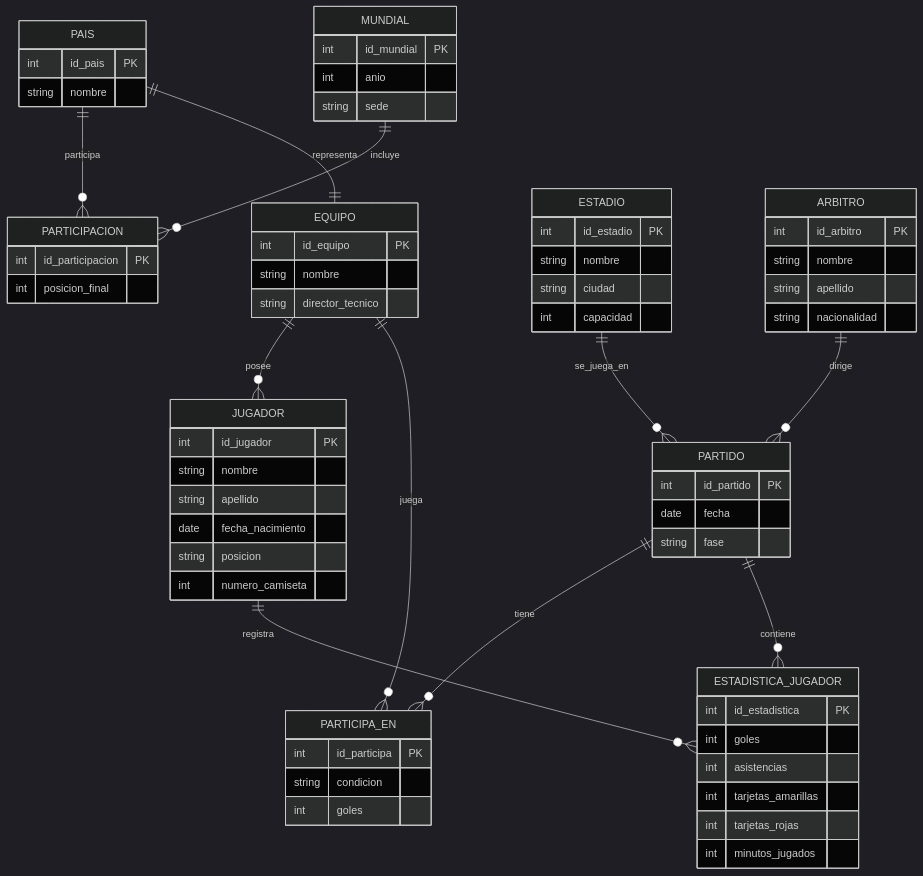
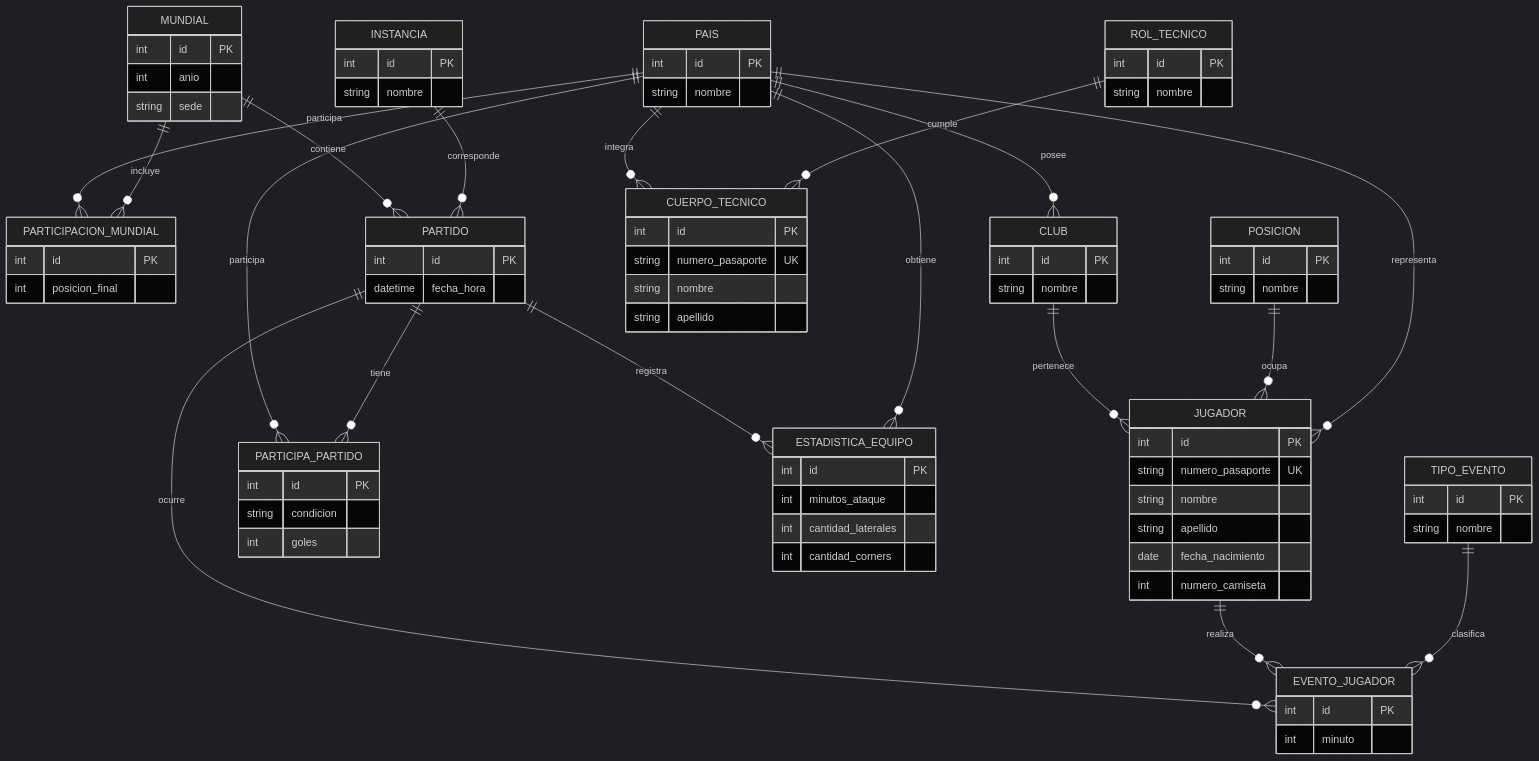
Before and after one commit to Villada-PG3/trabajo-practico-integrador-organizacion_mundial_de_futbol: the diagram in MUNDIALFUTBOL.mmd, drawn with Mermaid (dark theme).

Commit message:
Cambios en el planteamiento del problema

```diff
--- a/MUNDIALFUTBOL.mmd
+++ b/MUNDIALFUTBOL.mmd
@@ -1,84 +1,117 @@
 erDiagram
 
-    PAIS {
-        int id_pais PK
-        string nombre
-    }
-
     MUNDIAL {
-        int id_mundial PK
+        int id PK
         int anio
         string sede
     }
 
-    PARTICIPACION {
-        int id_participacion PK
+    PAIS {
+        int id PK
+        string nombre
+    }
+
+    PARTICIPACION_MUNDIAL {
+        int id PK
         int posicion_final
     }
 
-    EQUIPO {
-        int id_equipo PK
+    CLUB {
+        int id PK
         string nombre
-        string director_tecnico
+    }
+
+    POSICION {
+        int id PK
+        string nombre
     }
 
     JUGADOR {
-        int id_jugador PK
+        int id PK
+        string numero_pasaporte UK
         string nombre
         string apellido
         date fecha_nacimiento
-        string posicion
         int numero_camiseta
     }
 
-    ESTADIO {
-        int id_estadio PK
+    ROL_TECNICO {
+        int id PK
         string nombre
-        string ciudad
-        int capacidad
     }
 
-    ARBITRO {
-        int id_arbitro PK
+    CUERPO_TECNICO {
+        int id PK
+        string numero_pasaporte UK
         string nombre
         string apellido
-        string nacionalidad
+    }
+
+    INSTANCIA {
+        int id PK
+        string nombre
     }
 
     PARTIDO {
-        int id_partido PK
-        date fecha
-        string fase
+        int id PK
+        datetime fecha_hora
     }
 
-    PARTICIPA_EN {
-        int id_participa PK
+    PARTICIPA_PARTIDO {
+        int id PK
         string condicion
         int goles
     }
 
-    ESTADISTICA_JUGADOR {
-        int id_estadistica PK
-        int goles
-        int asistencias
-        int tarjetas_amarillas
-        int tarjetas_rojas
-        int minutos_jugados
+    ESTADISTICA_EQUIPO {
+        int id PK
+        int minutos_ataque
+        int cantidad_laterales
+        int cantidad_corners
     }
 
-    PAIS ||--o{ PARTICIPACION : participa
-    MUNDIAL ||--o{ PARTICIPACION : incluye
+    TIPO_EVENTO {
+        int id PK
+        string nombre
+    }
 
-    PAIS ||--|| EQUIPO : representa
+    EVENTO_JUGADOR {
+        int id PK
+        int minuto
+    }
 
-    EQUIPO ||--o{ JUGADOR : posee
 
-    ESTADIO ||--o{ PARTIDO : se_juega_en
+    %% ========= RELACIONES =========
 
-    ARBITRO ||--o{ PARTIDO : dirige
+    PAIS ||--o{ PARTICIPACION_MUNDIAL : participa
+    MUNDIAL ||--o{ PARTICIPACION_MUNDIAL : incluye
 
-    EQUIPO ||--o{ PARTICIPA_EN : juega
-    PARTIDO ||--o{ PARTICIPA_EN : tiene
+    PAIS ||--o{ CLUB : posee
 
-    JUGADOR ||--o{ ESTADISTICA_JUGADOR : registra
-    PARTIDO ||--o{ ESTADISTICA_JUGADOR : contiene
+    CLUB ||--o{ JUGADOR : pertenece
+
+    POSICION ||--o{ JUGADOR : ocupa
+
+    PAIS ||--o{ JUGADOR : representa
+
+    PAIS ||--o{ CUERPO_TECNICO : integra
+
+    ROL_TECNICO ||--o{ CUERPO_TECNICO : cumple
+
+    MUNDIAL ||--o{ PARTIDO : contiene
+
+    INSTANCIA ||--o{ PARTIDO : corresponde
+
+    PAIS ||--o{ PARTICIPA_PARTIDO : participa
+
+    PARTIDO ||--o{ PARTICIPA_PARTIDO : tiene
+
+    PARTIDO ||--o{ ESTADISTICA_EQUIPO : registra
+
+    PAIS ||--o{ ESTADISTICA_EQUIPO : obtiene
+
+    PARTIDO ||--o{ EVENTO_JUGADOR : ocurre
+
+    JUGADOR ||--o{ EVENTO_JUGADOR : realiza
+
+    TIPO_EVENTO ||--o{ EVENTO_JUGADOR : clasifica
```
